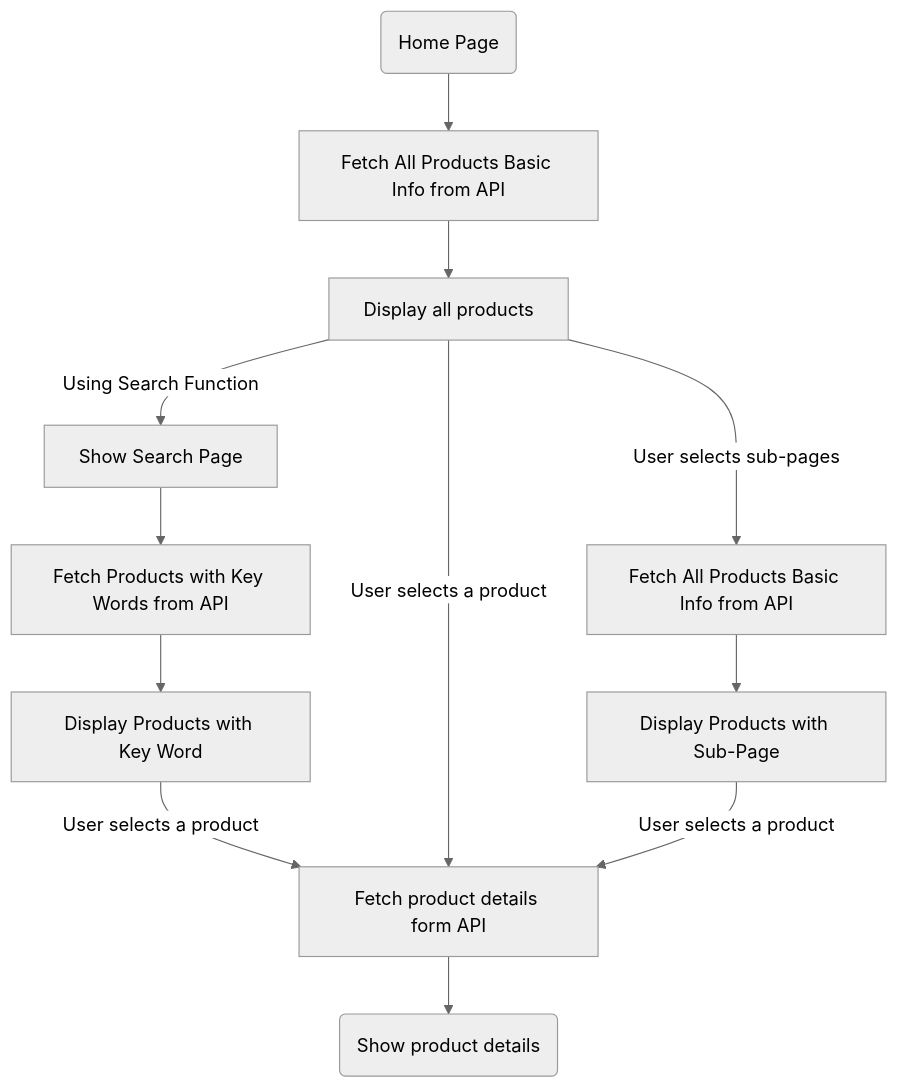
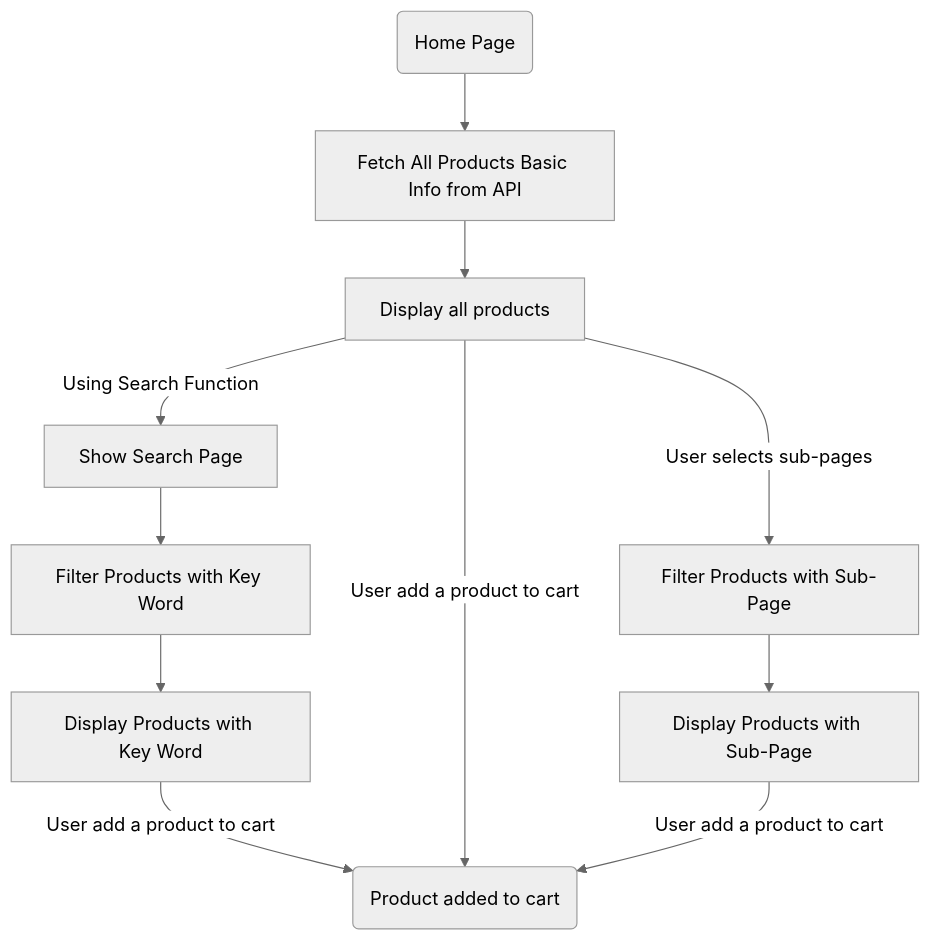
Before and after one commit to CestMerNeil/KASA: the first of 2 diagrams in kommande-access-gui/README.md, drawn with Mermaid (neutral theme). The commit also changed other lines of this file and 11 other files, not shown here.

````diff
--- a/kommande-access-gui/README.md
+++ b/kommande-access-gui/README.md
@@ -47,14 +50,14 @@
 ```mermaid
 flowchart TD
     A(Home Page) --> B[Fetch All Products Basic Info from API]
     C -->|Using Search Function| G[Show Search Page]
-    G --> H[Fetch Products with Key Words from API]
+    G --> H[Filter Products with Key Word]
     H --> I[Display Products with Key Word]
-    I -->|User selects a product| D
+    I -->|User add a product to cart| D
     B --> C[Display all products]
-    C -->|User selects a product| D
-    C -->|User selects sub-pages| E[Fetch All Products Basic Info from API]
+    C -->|User add a product to cart| D
+    C -->|User selects sub-pages| E[Filter Products with Sub-Page]
     E --> K[Display Products with Sub-Page]
-    K -->|User selects a product| D[Fetch product details form API]
-    D --> F(Show product details)
+    K -->|User add a product to cart| D(Product added to cart)
+
 ```
````
